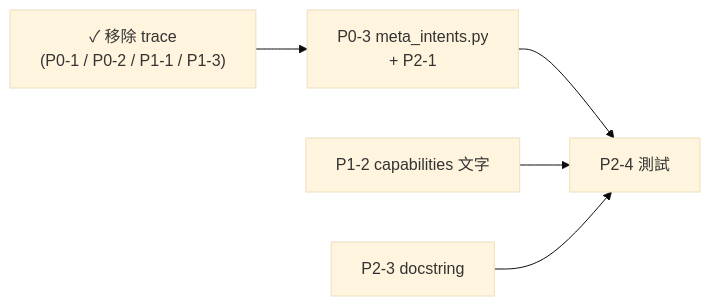
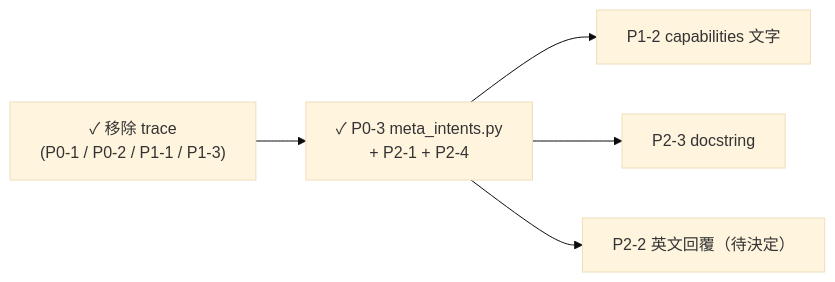
One commit to jltz1207/LoginFastapi changed the third of 3 diagrams in docs/plans/in-progress/meta-branch-review-20261015.md. Above: the diagram before and after it, drawn with Mermaid (base theme). The commit also changed other lines of this file and 5 other files, not shown here.

````diff
--- a/docs/plans/in-progress/meta-branch-review-20261015.md
+++ b/docs/plans/in-progress/meta-branch-review-20261015.md
@@ -178,7 +203,7 @@
 ```mermaid
 flowchart LR
-    X["✓ 移除 trace<br/>(P0-1 / P0-2 / P1-1 / P1-3)"] --> P03[P0-3 meta_intents.py<br/>+ P2-1]
-    P03 --> T[P2-4 測試]
-    P12[P1-2 capabilities 文字] --> T
-    P23[P2-3 docstring] --> T
+    X["✓ 移除 trace<br/>(P0-1 / P0-2 / P1-1 / P1-3)"] --> P03["✓ P0-3 meta_intents.py<br/>+ P2-1 + P2-4"]
+    P03 --> P12[P1-2 capabilities 文字]
+    P03 --> P23[P2-3 docstring]
+    P03 --> P22["P2-2 英文回覆（待決定）"]
 ```
````
